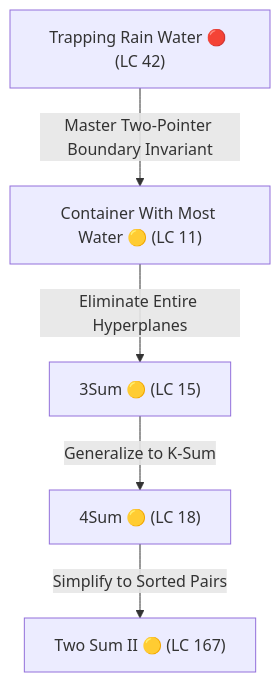
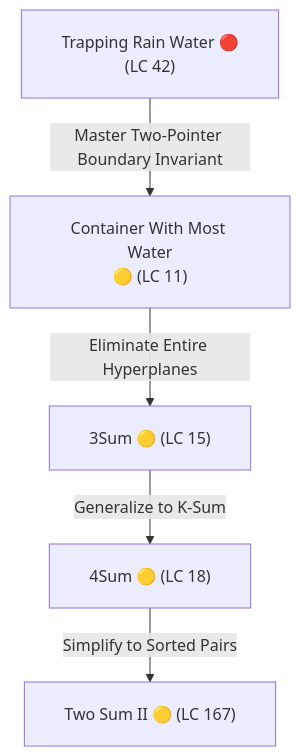
Diagram 14 of 19 in Senior_dsa_question_list.md (dip4k/DSA_102), drawn with Mermaid before and after one commit. The commit also changed other lines of this file and 108 other files, not shown here.

First line of the commit message:
fix(mermaid): resolve diagram clipping, padding, and syntax issues across repo

````diff
--- a/Senior_dsa_question_list.md
+++ b/Senior_dsa_question_list.md
@@ -1017,7 +1030,8 @@
 ```mermaid
+%%{init: {"flowchart": {"htmlLabels": true, "padding": 20}}}%%
 flowchart TD
-    A["Trapping Rain Water 🔴 (LC 42)"] -->|Master Two-Pointer Boundary Invariant| B["Container With Most Water 🟡 (LC 11)"]
+    A["Trapping Rain Water 🔴<br/>(LC 42)"] -->|Master Two-Pointer Boundary Invariant| B["Container With Most Water<br/>🟡 (LC 11)"]
     B -->|Eliminate Entire Hyperplanes| C["3Sum 🟡 (LC 15)"]
     C -->|Generalize to K-Sum| D["4Sum 🟡 (LC 18)"]
     D -->|Simplify to Sorted Pairs| E["Two Sum II 🟡 (LC 167)"]
 ```
````
